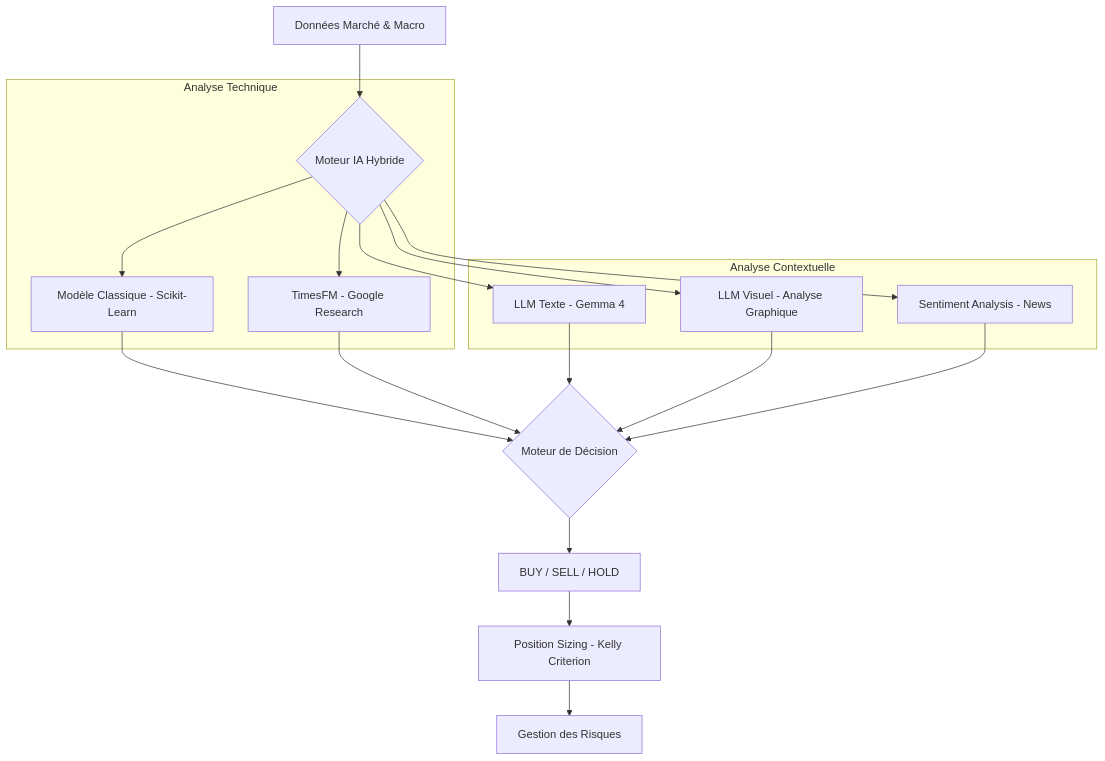
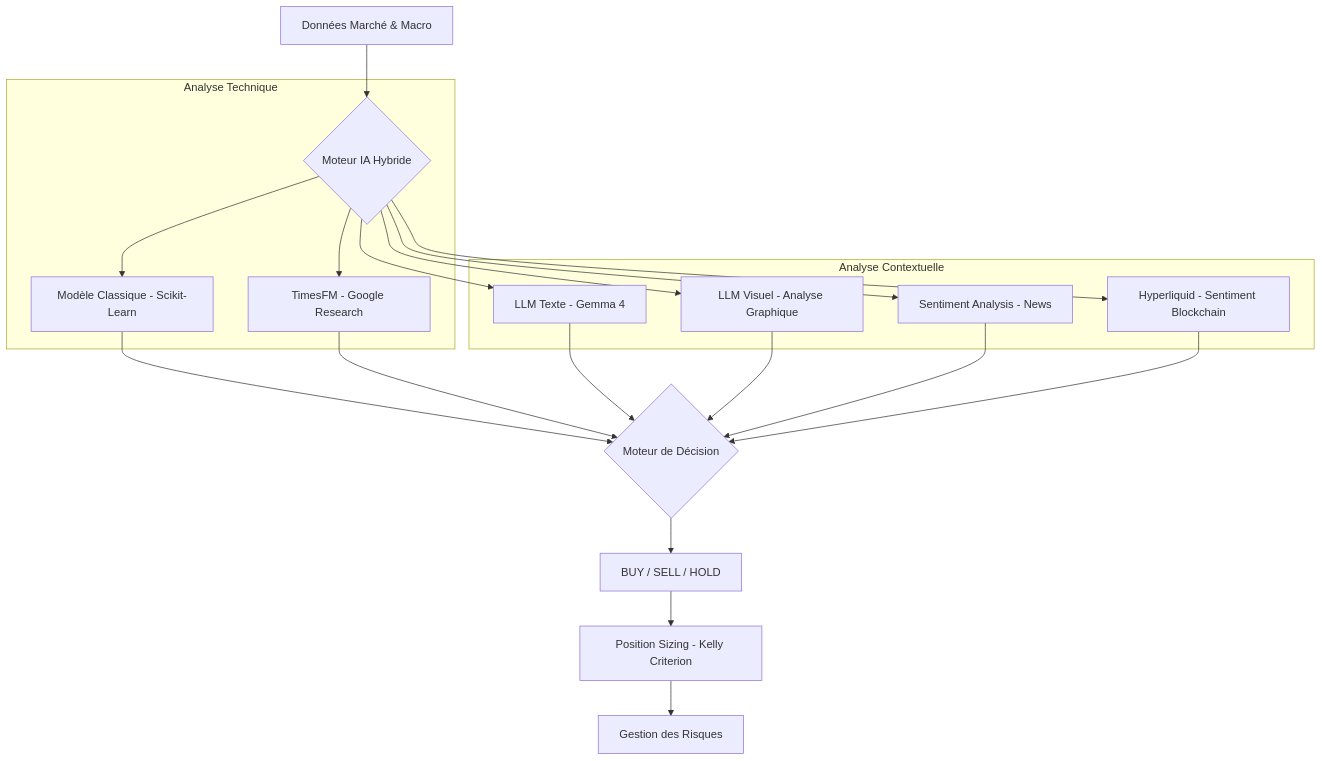
Before and after one commit to laurentvv/Trading-AI: the diagram in SYSTEM_SUMMARY.md, drawn with Mermaid. The commit also changed other lines of this file and 21 other files, not shown here.

First line of the commit message:
feat(hyperliquid): add support for Hyperliquid sentiment and upgrade to Gemma 4

````diff
--- a/SYSTEM_SUMMARY.md
+++ b/SYSTEM_SUMMARY.md
@@ -9,21 +9,22 @@
 ```mermaid
 graph TD
     A[Données Marché & Macro] --> B{Moteur IA Hybride}
     
     subgraph "Analyse Technique"
     B --> C[Modèle Classique - Scikit-Learn]
     B --> D[TimesFM - Google Research]
     end
     
     subgraph "Analyse Contextuelle"
     B --> E[LLM Texte - Gemma 4]
     B --> F[LLM Visuel - Analyse Graphique]
     B --> G[Sentiment Analysis - News]
+    B --> HL[Hyperliquid - Sentiment Blockchain]
     end
     
-    C & D & E & F & G --> H{Moteur de Décision}
+    C & D & E & F & G & HL --> H{Moteur de Décision}
     
     H --> I[BUY / SELL / HOLD]
     I --> J[Position Sizing - Kelly Criterion]
     J --> K[Gestion des Risques]
 ```
````
